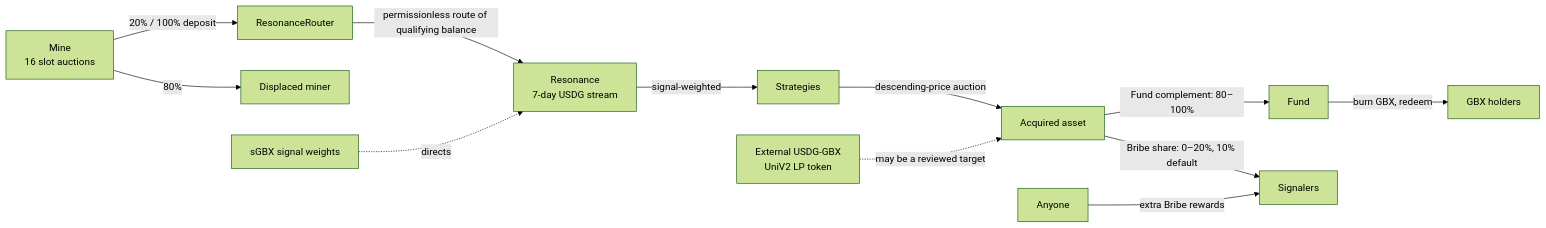
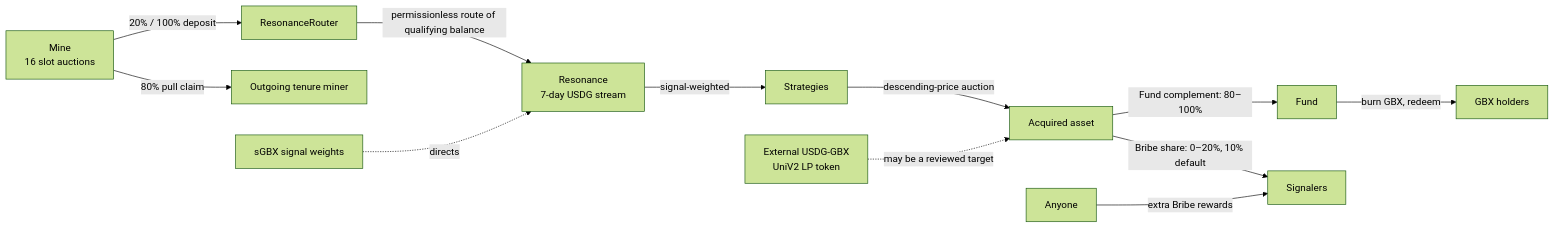
The diagram in docs/one-pagers/gumball-6900.md (Heesho/gumball6900), drawn with Mermaid (forest theme) before and after one commit. The commit also changed other lines of this file and 79 other files, not shown here.

````diff
--- a/docs/one-pagers/gumball-6900.md
+++ b/docs/one-pagers/gumball-6900.md
@@ -92,14 +92,14 @@
 ```mermaid
 flowchart LR
   M[Mine<br/>16 slot auctions] -->|20% / 100% deposit| RR[ResonanceRouter]
-  M -->|80%| DM[Displaced miner]
+  M -->|80% pull claim| DM[Outgoing tenure miner]
   RR -->|permissionless route of qualifying balance| R[Resonance<br/>7-day USDG stream]
   SG[sGBX signal weights] -.->|directs| R
   R -->|signal-weighted| S[Strategies]
   S -->|descending-price auction| A[Acquired asset]
   LP[External USDG-GBX<br/>UniV2 LP token] -.->|may be a reviewed target| A
   A -->|Fund complement: 80–100%| F[Fund]
   A -->|Bribe share: 0–20%, 10% default| SIG[Signalers]
   B[Anyone] -->|extra Bribe rewards| SIG
   F -->|burn GBX, redeem| H[GBX holders]
 ```
````
